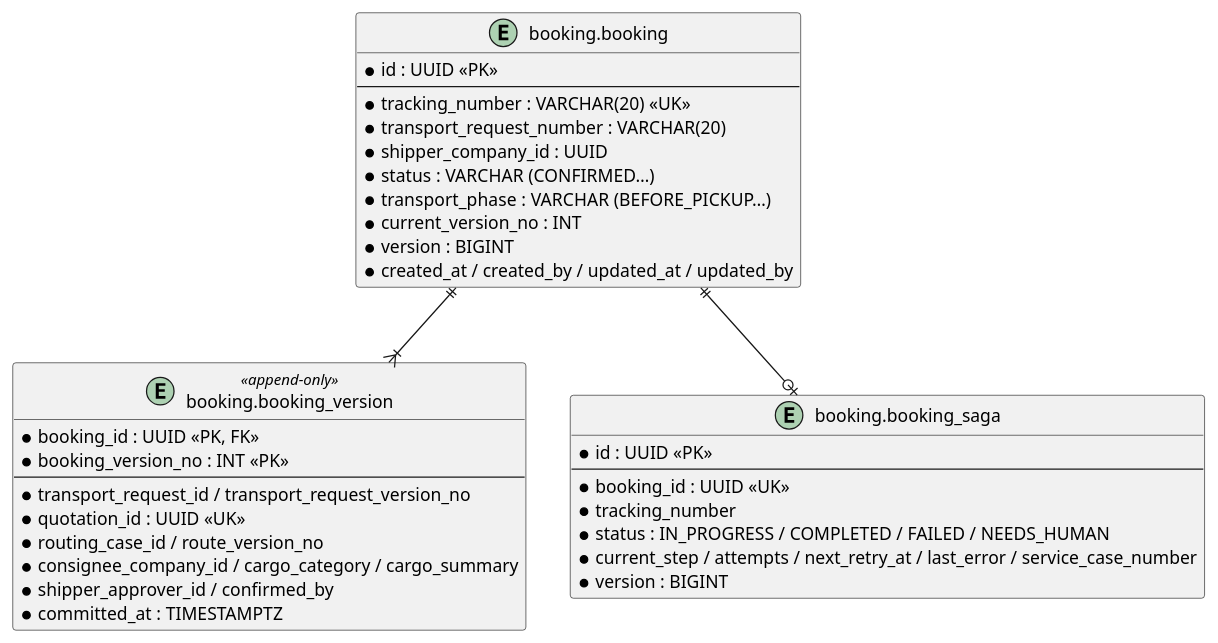
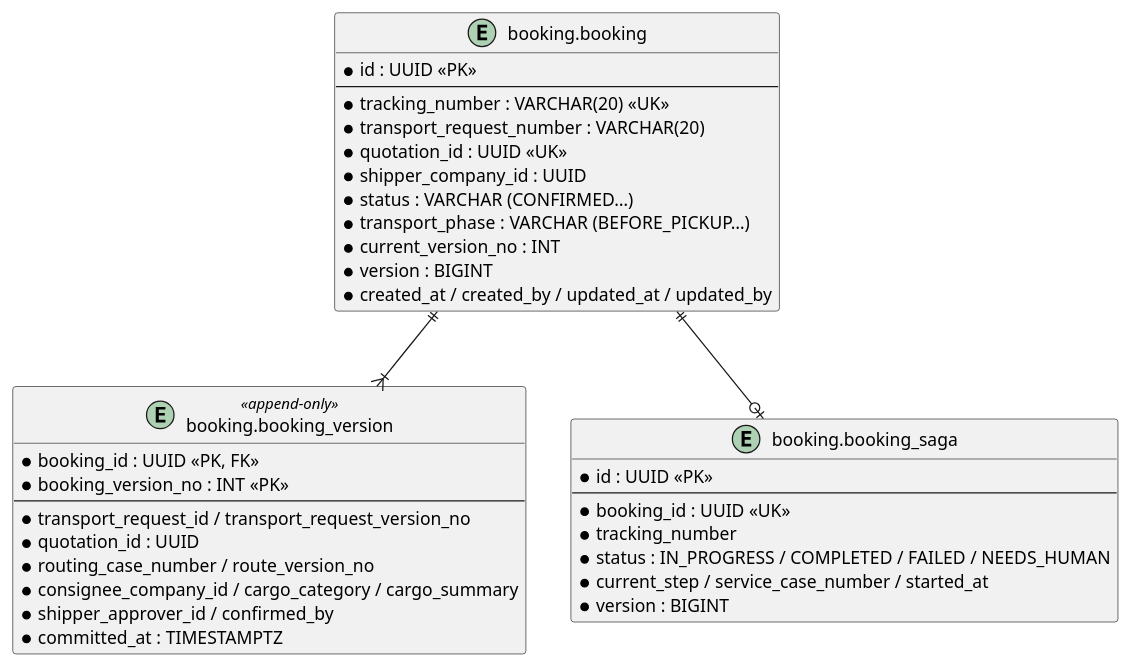
One commit to k2works/practical-domain-driven-design-in-enterpris-application changed the fifth of 5 diagrams in docs/development/cargo-tracker/bolt_23_plan.md. Above: the diagram before and after it, drawn with PlantUML. The commit also changed other lines of this file and 32 other files, not shown here.

````diff
--- a/docs/development/cargo-tracker/bolt_23_plan.md
+++ b/docs/development/cargo-tracker/bolt_23_plan.md
@@ -186,38 +186,39 @@
 ```plantuml
 @startuml
 entity "booking.booking" as b {
   * id : UUID <<PK>>
   --
   * tracking_number : VARCHAR(20) <<UK>>
   * transport_request_number : VARCHAR(20)
+  * quotation_id : UUID <<UK>>
   * shipper_company_id : UUID
   * status : VARCHAR (CONFIRMED…)
   * transport_phase : VARCHAR (BEFORE_PICKUP…)
   * current_version_no : INT
   * version : BIGINT
   * created_at / created_by / updated_at / updated_by
 }
 entity "booking.booking_version" as bv <<append-only>> {
   * booking_id : UUID <<PK, FK>>
   * booking_version_no : INT <<PK>>
   --
   * transport_request_id / transport_request_version_no
-  * quotation_id : UUID <<UK>>
-  * routing_case_id / route_version_no
+  * quotation_id : UUID
+  * routing_case_number / route_version_no
   * consignee_company_id / cargo_category / cargo_summary
   * shipper_approver_id / confirmed_by
   * committed_at : TIMESTAMPTZ
 }
 entity "booking.booking_saga" as s {
   * id : UUID <<PK>>
   --
   * booking_id : UUID <<UK>>
   * tracking_number
   * status : IN_PROGRESS / COMPLETED / FAILED / NEEDS_HUMAN
-  * current_step / attempts / next_retry_at / last_error / service_case_number
+  * current_step / service_case_number / started_at
   * version : BIGINT
 }
 b ||--|{ bv
 b ||--o| s
 @enduml
 ```
````
